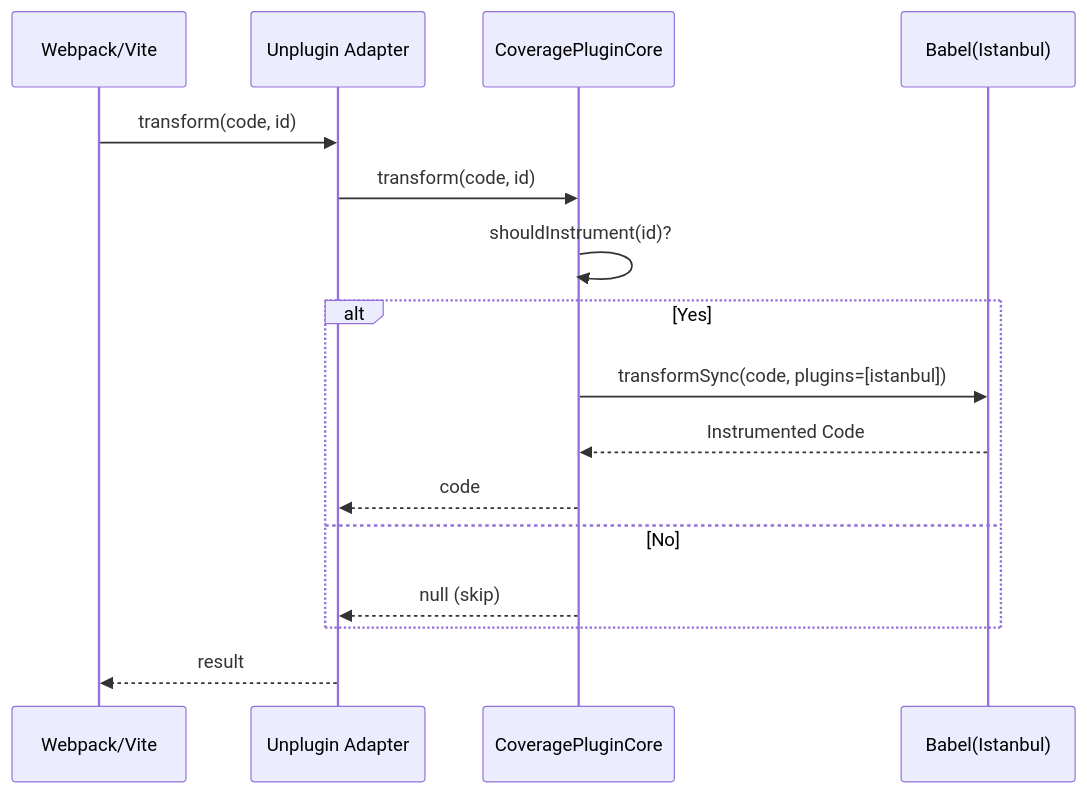
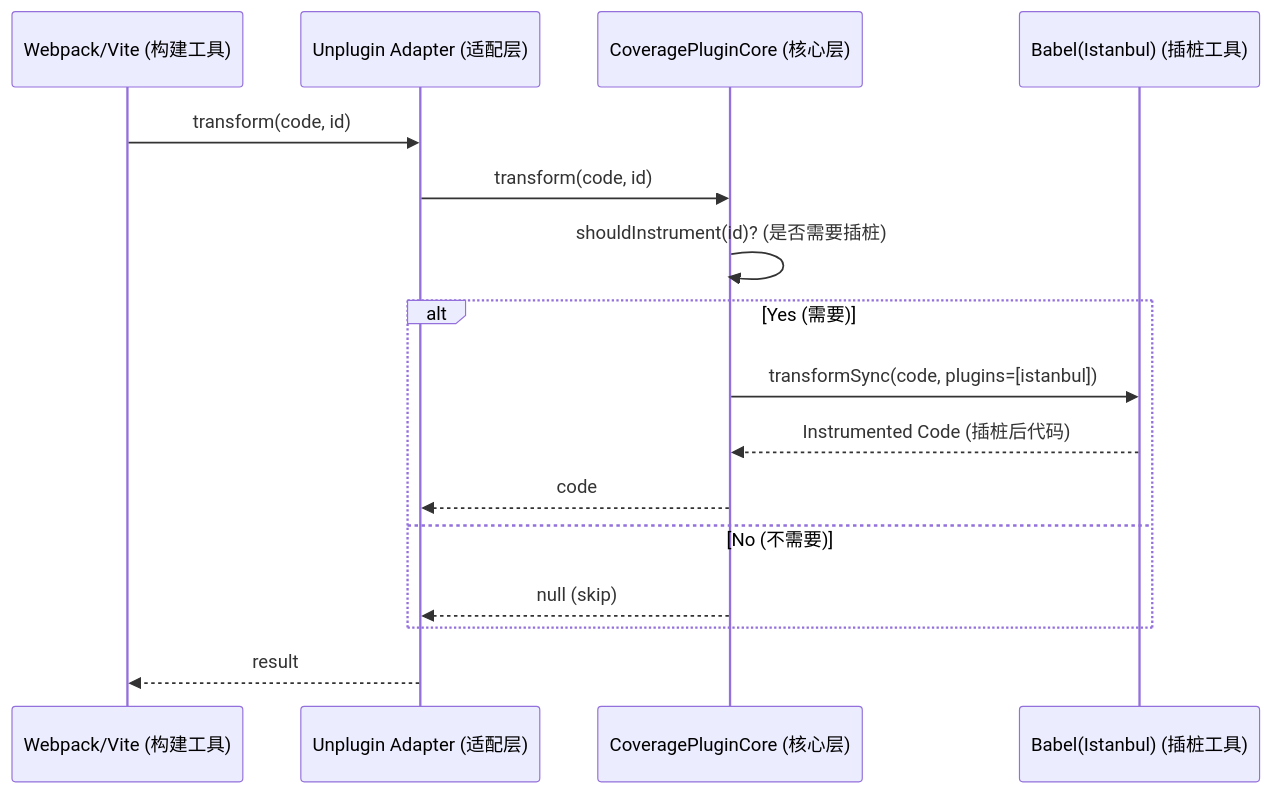
Before and after one commit to chuanjing729-glitch/fe-workspace: the second of 3 diagrams in packages/webpack-coverage-plugin/TECHNICAL_DOC.md, drawn with Mermaid. The commit also changed other lines of this file and 10 other files, not shown here.

````diff
--- a/packages/webpack-coverage-plugin/TECHNICAL_DOC.md
+++ b/packages/webpack-coverage-plugin/TECHNICAL_DOC.md
@@ -89,19 +89,19 @@
 ```mermaid
 sequenceDiagram
-    participant Bundler as Webpack/Vite
-    participant Adapter as Unplugin Adapter
-    participant Core as CoveragePluginCore
-    participant Babel as Babel(Istanbul)
+    participant Bundler as Webpack/Vite (构建工具)
+    participant Adapter as Unplugin Adapter (适配层)
+    participant Core as CoveragePluginCore (核心层)
+    participant Babel as Babel(Istanbul) (插桩工具)
 
     Bundler->>Adapter: transform(code, id)
     Adapter->>Core: transform(code, id)
-    Core->>Core: shouldInstrument(id)?
-    alt Yes
+    Core->>Core: shouldInstrument(id)? (是否需要插桩)
+    alt Yes (需要)
         Core->>Babel: transformSync(code, plugins=[istanbul])
-        Babel-->>Core: Instrumented Code
+        Babel-->>Core: Instrumented Code (插桩后代码)
         Core-->>Adapter: code
-    else No
+    else No (不需要)
         Core-->>Adapter: null (skip)
     end
     Adapter-->>Bundler: result
 ```
````
